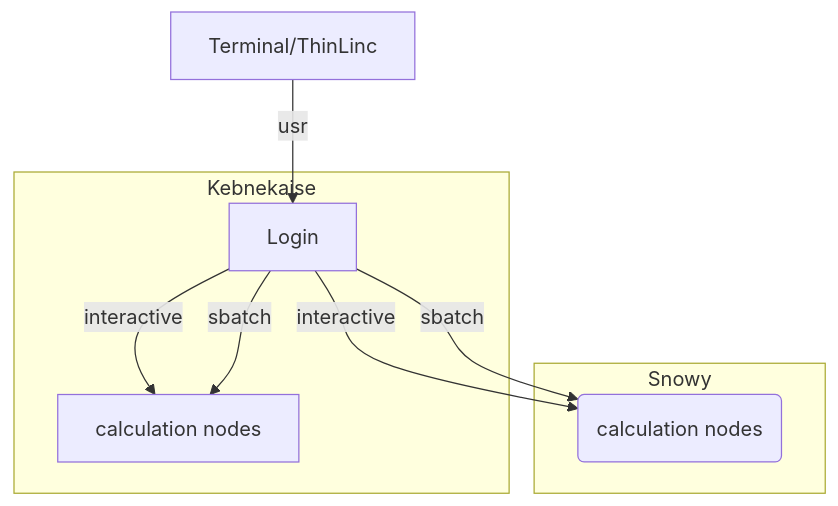
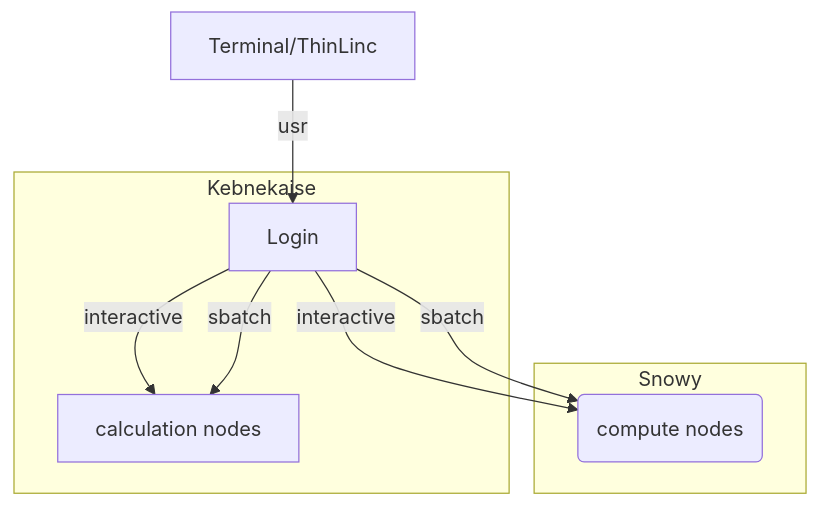
Before and after one commit to UPPMAX/R-python-julia-matlab-HPC: the diagram in docs/mermaid/kebnekaise.mmd, drawn with Mermaid.

```diff
--- a/docs/mermaid/kebnekaise.mmd
+++ b/docs/mermaid/kebnekaise.mmd
@@ -1,15 +1,15 @@
  graph TB
 
   Node1 -- interactive --> SubGraph2Flow
   Node1 -- sbatch --> SubGraph2Flow
   subgraph "Snowy"
-  SubGraph2Flow(calculation nodes) 
+  SubGraph2Flow(compute nodes) 
         end
 
         Terminal/ThinLinc -- usr --> Node1
         
 
         subgraph "Kebnekaise"
         Node1[Login] -- interactive --> Node2[calculation nodes]
         Node1 -- sbatch --> Node2
         end
```
